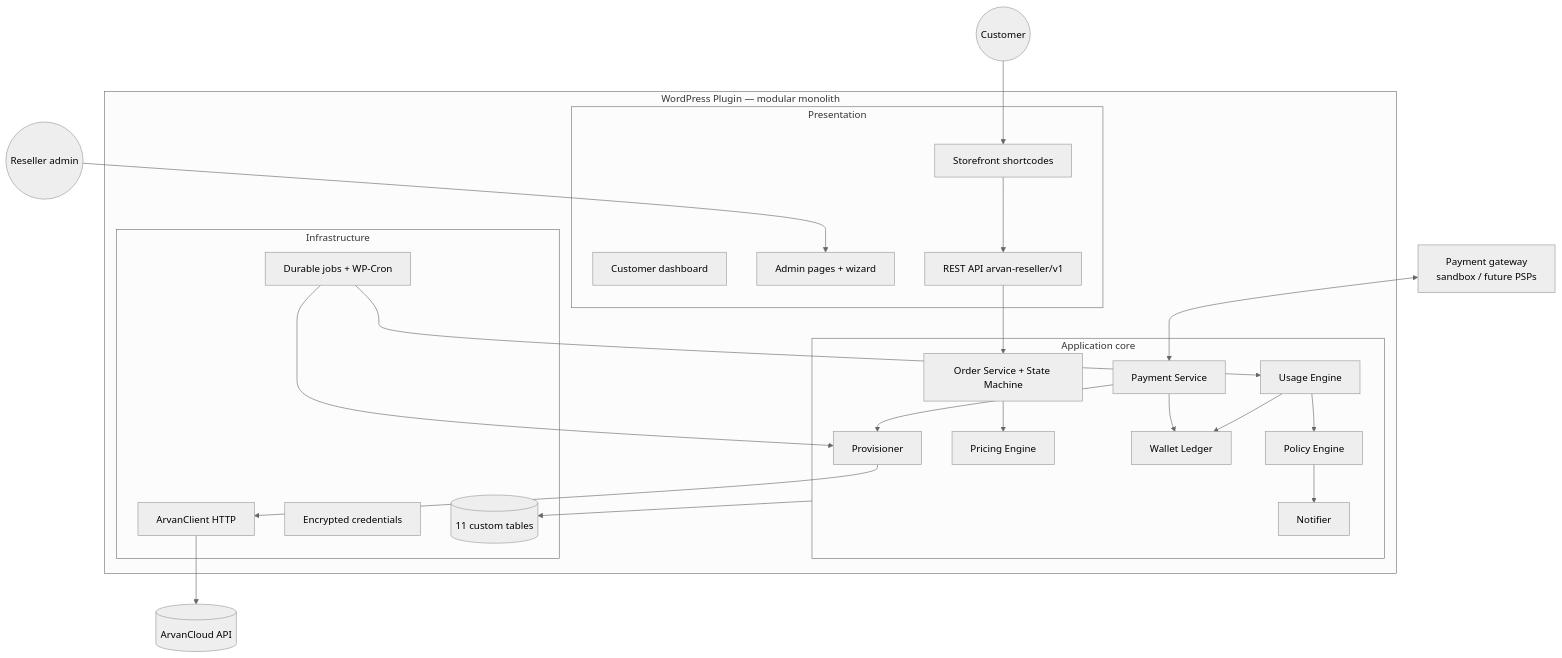
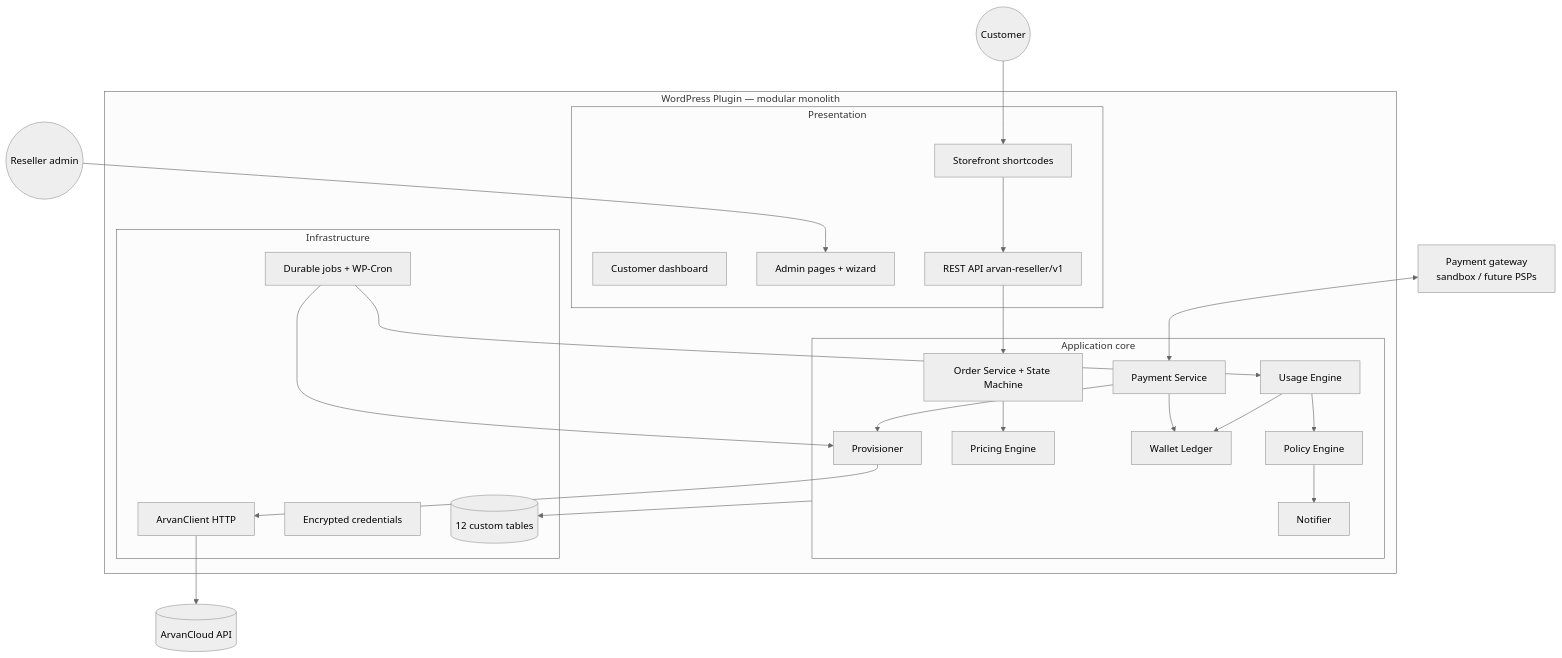
Before and after one commit to ladekarl1234-commits/arvan-reseller: the first of 2 diagrams in README.md, drawn with Mermaid (neutral theme). The commit also changed other lines of this file and 131 other files, not shown here.

````diff
--- a/README.md
+++ b/README.md
@@ -62,37 +62,37 @@
 ```mermaid
 flowchart TB
     subgraph WP[WordPress Plugin — modular monolith]
         subgraph UI[Presentation]
             SF[Storefront shortcodes]
             CD[Customer dashboard]
             AD[Admin pages + wizard]
             REST[REST API arvan-reseller/v1]
         end
         subgraph APP[Application core]
             PR[Pricing Engine]
             OR[Order Service + State Machine]
             PAY[Payment Service]
             PROV[Provisioner]
             LED[Wallet Ledger]
             USE[Usage Engine]
             POL[Policy Engine]
             NOT[Notifier]
         end
         subgraph INF[Infrastructure]
             AC[ArvanClient HTTP]
             CRED[Encrypted credentials]
             JOBS[Durable jobs + WP-Cron]
-            DB[(11 custom tables)]
+            DB[(12 custom tables)]
         end
     end
     CU((Customer)) --> SF --> REST
     RA((Reseller admin)) --> AD
     REST --> OR --> PR
     PAYGW[Payment gateway<br/>sandbox / future PSPs] <--> PAY
     PAY --> LED
     PAY --> PROV --> AC --> ARVAN[(ArvanCloud API)]
     JOBS --> PROV
     JOBS --> USE --> LED
     USE --> POL --> NOT
     APP --> DB
 ```
````
